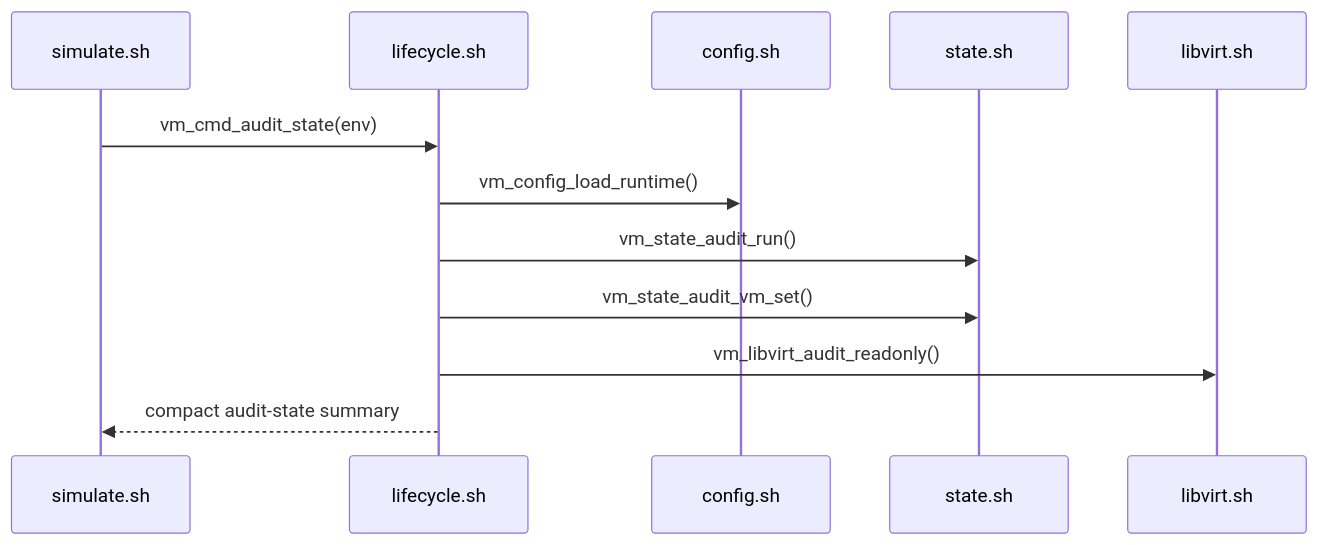
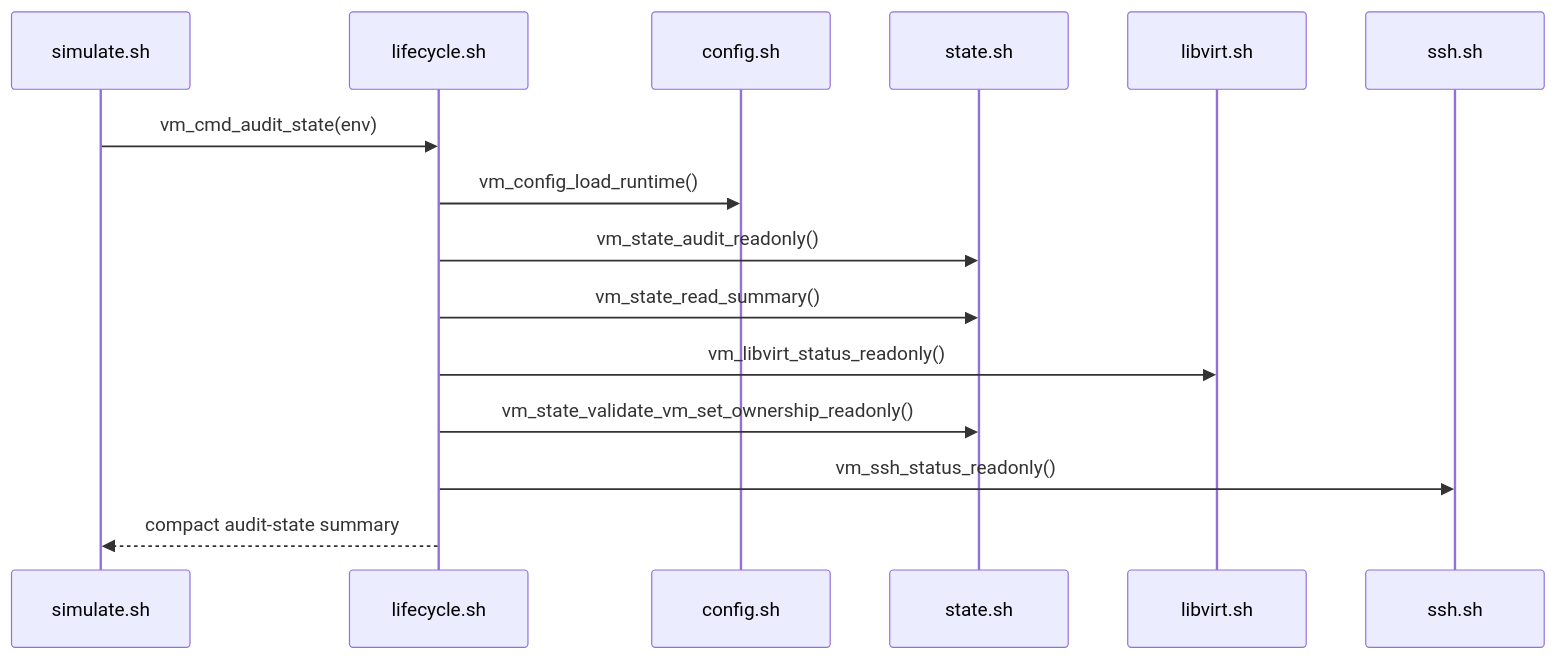
Diagram 15 of 19 in simulation/vm/sequences.md (NoNine/loopforge), drawn with Mermaid before and after one commit. The commit also changed other lines of this file and 4 other files, not shown here.

````diff
--- a/simulation/vm/sequences.md
+++ b/simulation/vm/sequences.md
@@ -301,15 +300,18 @@
 ```mermaid
 sequenceDiagram
   participant CLI as simulate.sh
   participant LC as lifecycle.sh
   participant CFG as config.sh
   participant ST as state.sh
   participant LV as libvirt.sh
+  participant SSH as ssh.sh
 
   CLI->>LC: vm_cmd_audit_state(env)
   LC->>CFG: vm_config_load_runtime()
-  LC->>ST: vm_state_audit_run()
-  LC->>ST: vm_state_audit_vm_set()
-  LC->>LV: vm_libvirt_audit_readonly()
+  LC->>ST: vm_state_audit_readonly()
+  LC->>ST: vm_state_read_summary()
+  LC->>LV: vm_libvirt_status_readonly()
+  LC->>ST: vm_state_validate_vm_set_ownership_readonly()
+  LC->>SSH: vm_ssh_status_readonly()
   LC-->>CLI: compact audit-state summary
 ```
````
